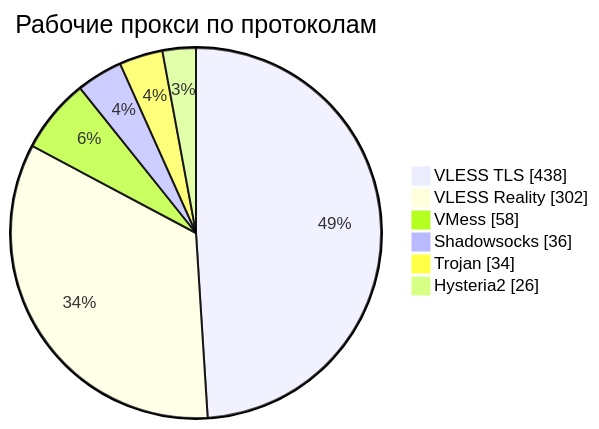
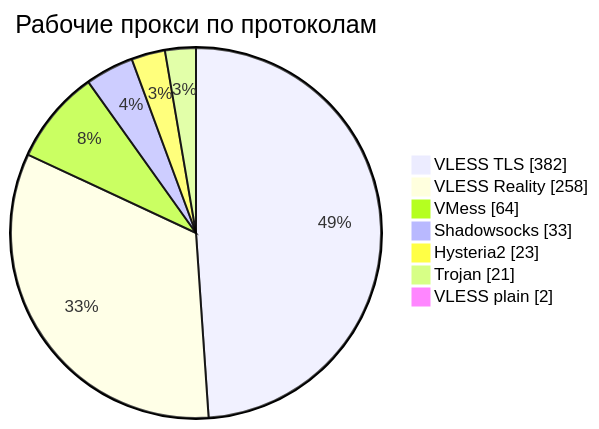
The third of 4 diagrams in README.md (rvvg/proxy-subs), drawn with Mermaid before and after one commit. The commit also changed other lines of this file and 49 other files, not shown here.

````diff
--- a/README.md
+++ b/README.md
@@ -132,10 +137,11 @@
 ```mermaid
 pie showData
     title Рабочие прокси по протоколам
-    "VLESS TLS" : 438
-    "VLESS Reality" : 302
-    "VMess" : 58
-    "Shadowsocks" : 36
-    "Trojan" : 34
-    "Hysteria2" : 26
+    "VLESS TLS" : 382
+    "VLESS Reality" : 258
+    "VMess" : 64
+    "Shadowsocks" : 33
+    "Hysteria2" : 23
+    "Trojan" : 21
+    "VLESS plain" : 2
 ```
````
